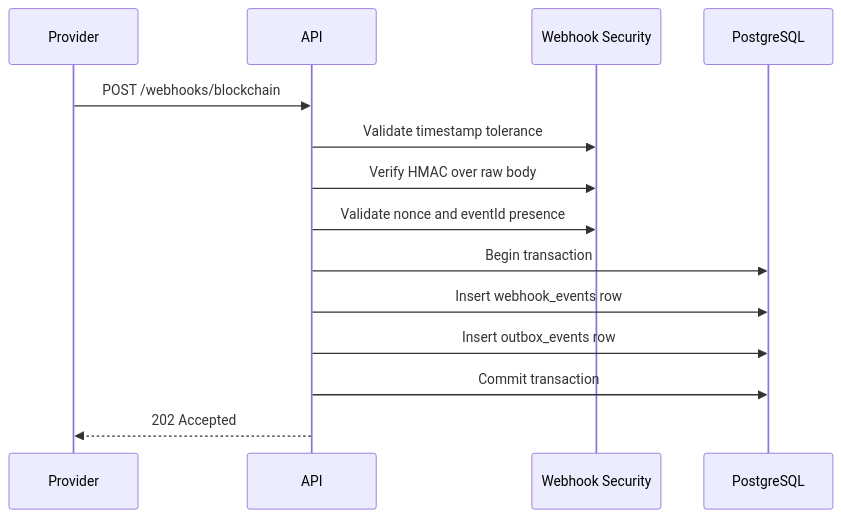
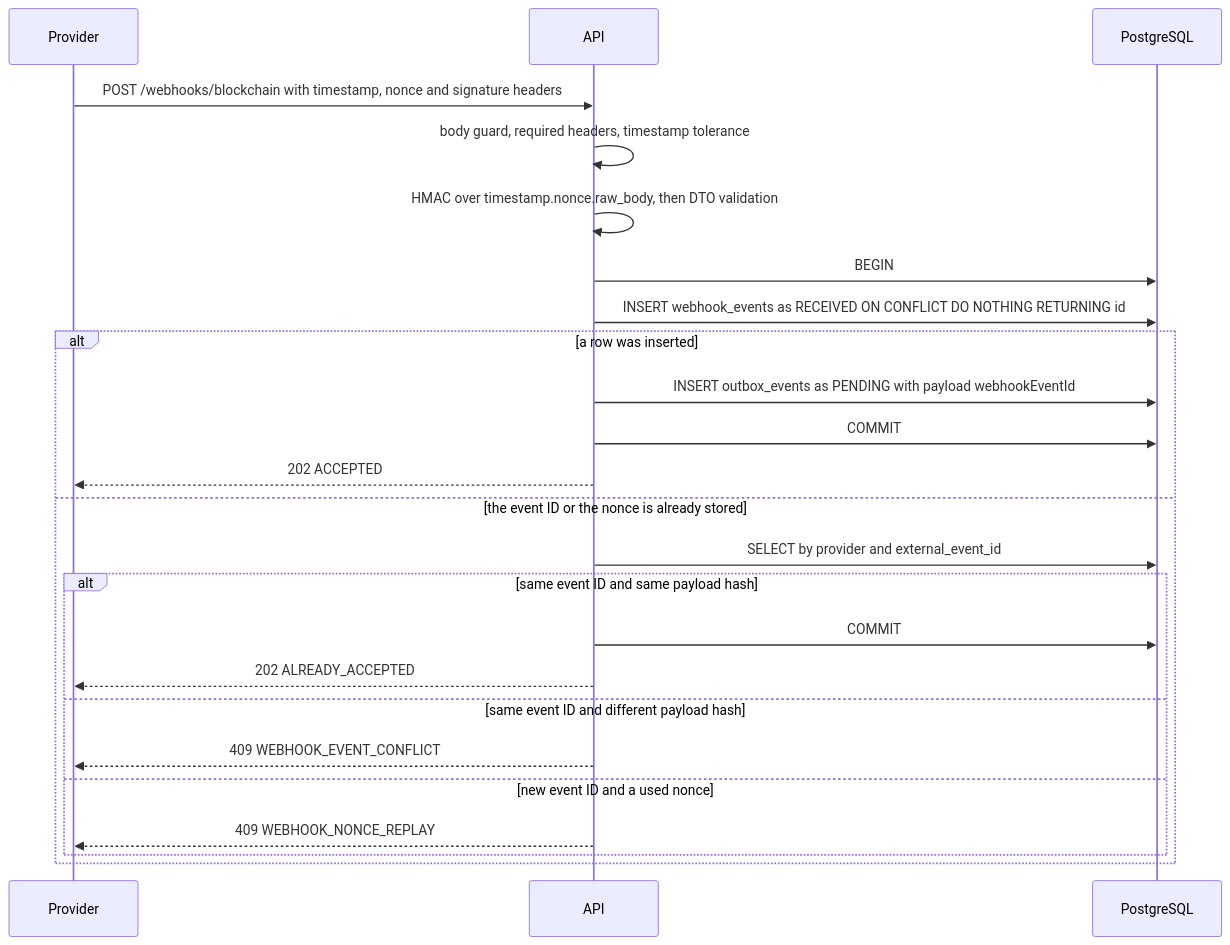
Before and after one commit to AsyncAssassin/transaction-event-gateway: the third of 5 diagrams in docs/architecture.md, drawn with Mermaid. The commit also changed other lines of this file and 23 other files, not shown here.

````diff
--- a/docs/architecture.md
+++ b/docs/architecture.md
@@ -110,17 +75,26 @@
 ```mermaid
 sequenceDiagram
-    participant Provider
-    participant API
-    participant Security as Webhook Security
+    participant P as Provider
+    participant A as API
     participant DB as PostgreSQL
-
-    Provider->>API: POST /webhooks/blockchain
-    API->>Security: Validate timestamp tolerance
-    API->>Security: Verify HMAC over raw body
-    API->>Security: Validate nonce and eventId presence
-    API->>DB: Begin transaction
-    API->>DB: Insert webhook_events row
-    API->>DB: Insert outbox_events row
-    API->>DB: Commit transaction
-    API-->>Provider: 202 Accepted
+    P->>A: POST /webhooks/blockchain with timestamp, nonce and signature headers
+    A->>A: body guard, required headers, timestamp tolerance
+    A->>A: HMAC over timestamp.nonce.raw_body, then DTO validation
+    A->>DB: BEGIN
+    A->>DB: INSERT webhook_events as RECEIVED ON CONFLICT DO NOTHING RETURNING id
+    alt a row was inserted
+        A->>DB: INSERT outbox_events as PENDING with payload webhookEventId
+        A->>DB: COMMIT
+        A-->>P: 202 ACCEPTED
+    else the event ID or the nonce is already stored
+        A->>DB: SELECT by provider and external_event_id
+        alt same event ID and same payload hash
+            A->>DB: COMMIT
+            A-->>P: 202 ALREADY_ACCEPTED
+        else same event ID and different payload hash
+            A-->>P: 409 WEBHOOK_EVENT_CONFLICT
+        else new event ID and a used nonce
+            A-->>P: 409 WEBHOOK_NONCE_REPLAY
+        end
+    end
 ```
````
